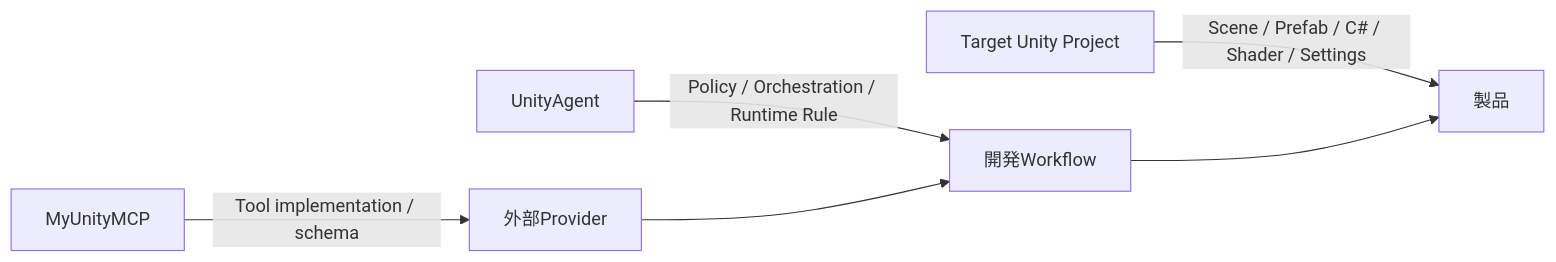
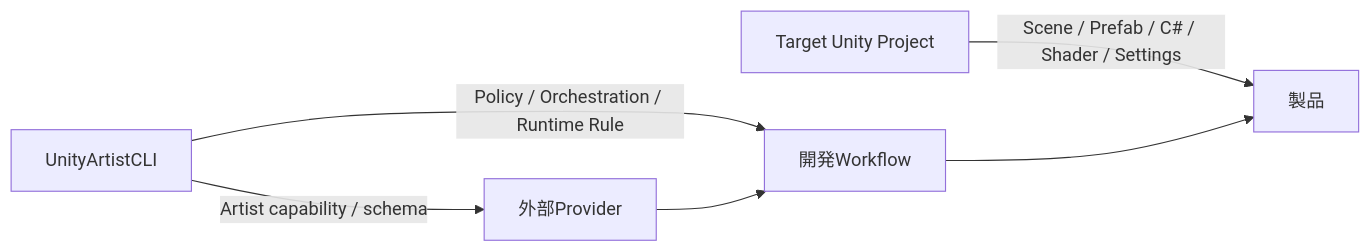
One commit to DarumaPPAP/UnityAgent changed the first of 4 diagrams in docs/local-project-development.md. Above: the diagram before and after it, drawn with Mermaid. The commit also changed other lines of this file and 45 other files, not shown here.

Commit message:
feat: route artist capabilities through UnityArtistCLI

````diff
--- a/docs/local-project-development.md
+++ b/docs/local-project-development.md
@@ -148,8 +148,8 @@
 ```mermaid
 flowchart LR
     A[UnityAgent] -->|Policy / Orchestration / Runtime Rule| W[開発Workflow]
     P[Target Unity Project] -->|Scene / Prefab / C# / Shader / Settings| PRODUCT[製品]
-    M[MyUnityMCP] -->|Tool implementation / schema| TOOL[外部Provider]
+    A[UnityArtistCLI] -->|Artist capability / schema| TOOL[外部Provider]
     W --> PRODUCT
     TOOL --> W
 ```
````
